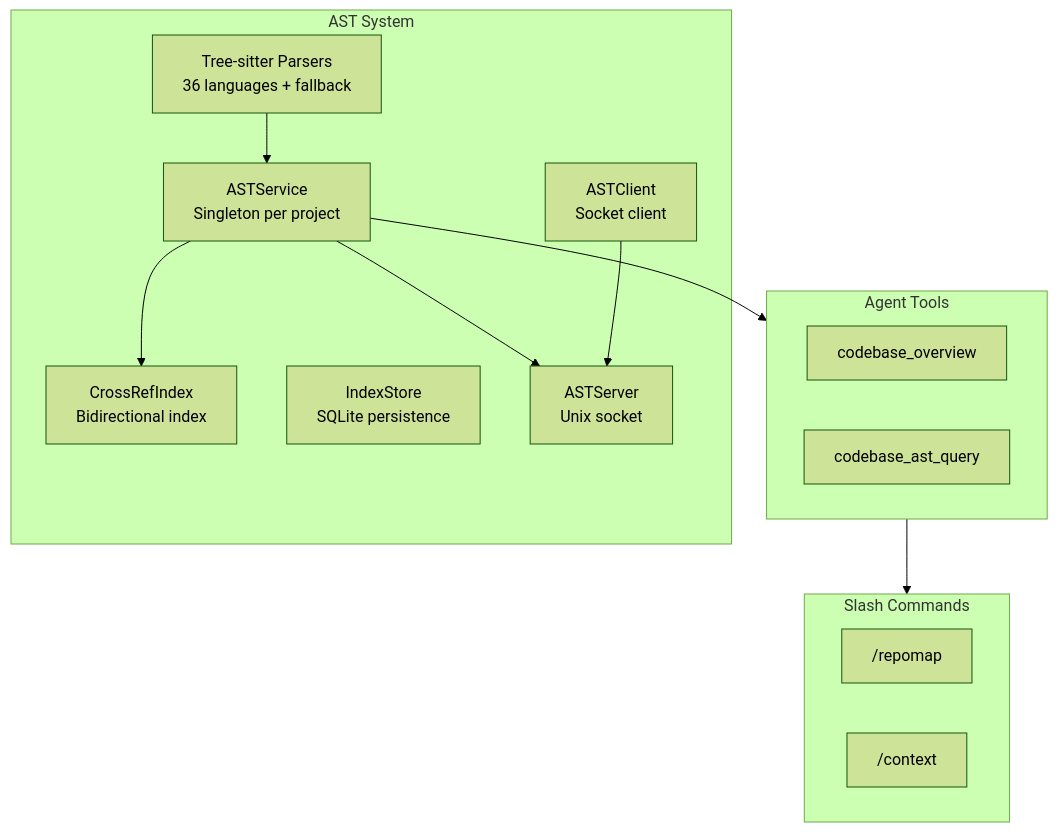
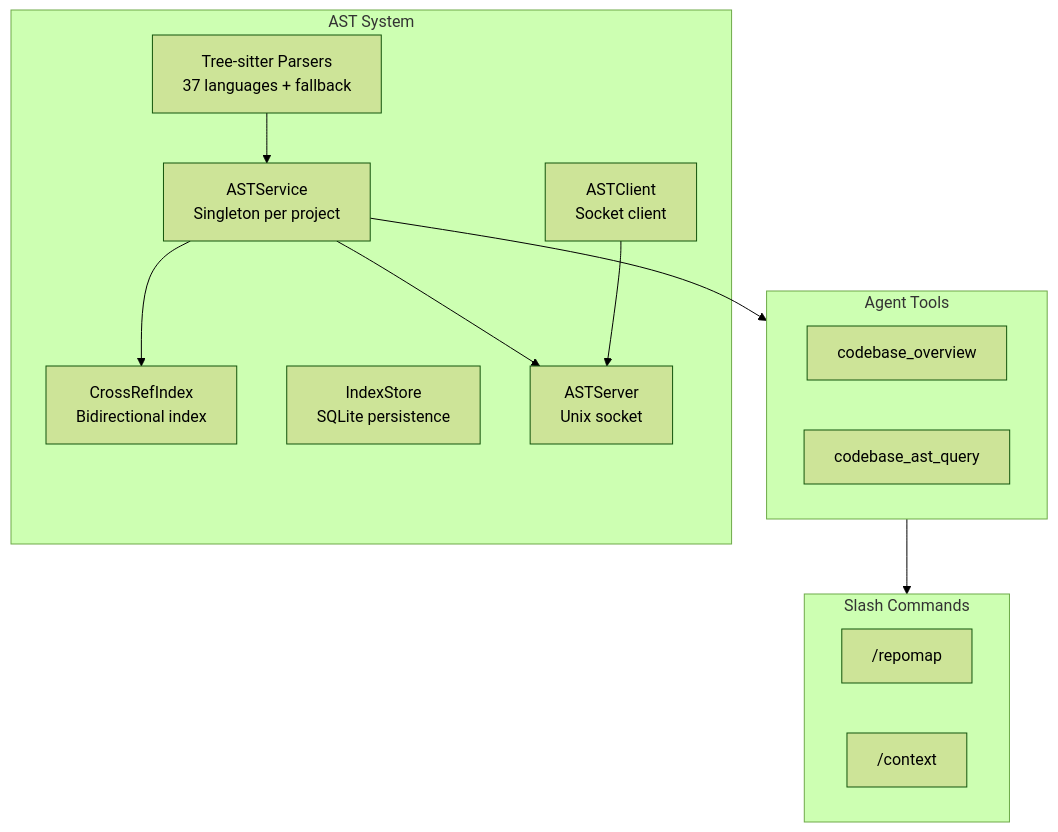
The first of 2 diagrams in docs/ast-and-code-intelligence.md (eren23/attocode), drawn with Mermaid (forest theme) before and after one commit. The commit also changed other lines of this file and 12 other files, not shown here.

````diff
--- a/docs/ast-and-code-intelligence.md
+++ b/docs/ast-and-code-intelligence.md
@@ -15,28 +15,28 @@
 ```mermaid
 flowchart TB
     subgraph AST["AST System"]
-        Parser[Tree-sitter Parsers<br/>36 languages + fallback]
+        Parser[Tree-sitter Parsers<br/>37 languages + fallback]
         Service[ASTService<br/>Singleton per project]
         Index[CrossRefIndex<br/>Bidirectional index]
         Store[IndexStore<br/>SQLite persistence]
         Server[ASTServer<br/>Unix socket]
         Client[ASTClient<br/>Socket client]
     end
 
     subgraph Tools["Agent Tools"]
         Overview[codebase_overview]
         Query[codebase_ast_query]
     end
 
     subgraph Commands["Slash Commands"]
         Repomap["/repomap"]
         Context["/context"]
     end
 
     Parser --> Service
     Service --> Index
     Service --> Server
     Client --> Server
     Service --> Tools
     Tools --> Commands
 ```
````
